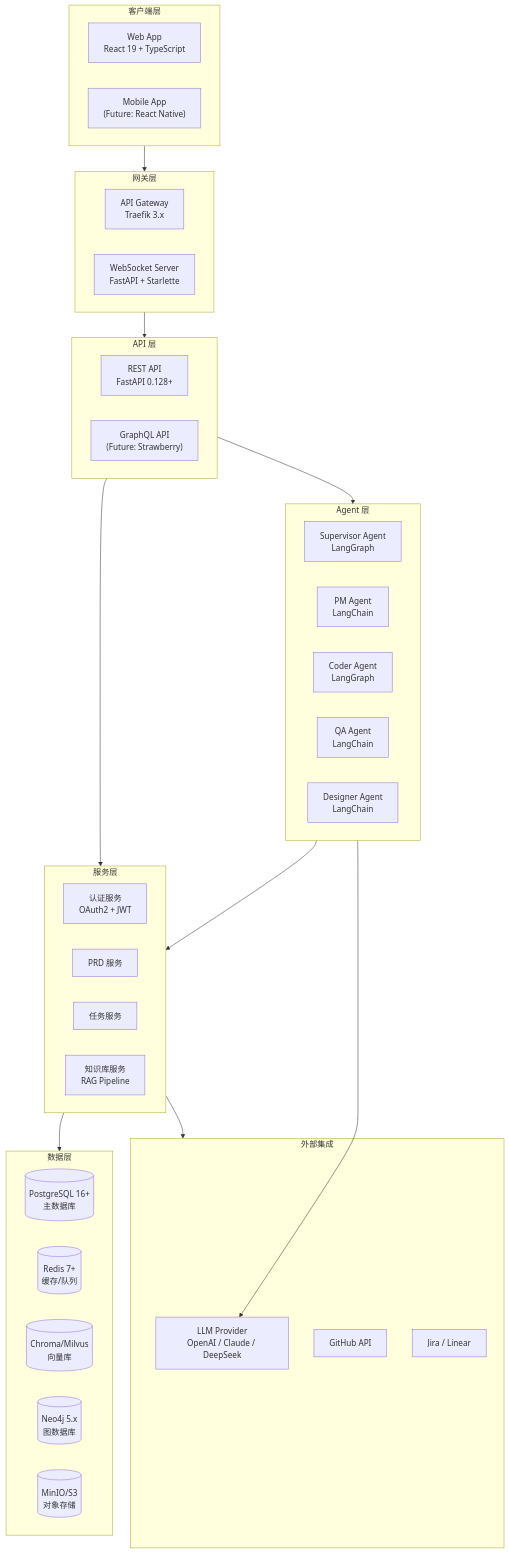
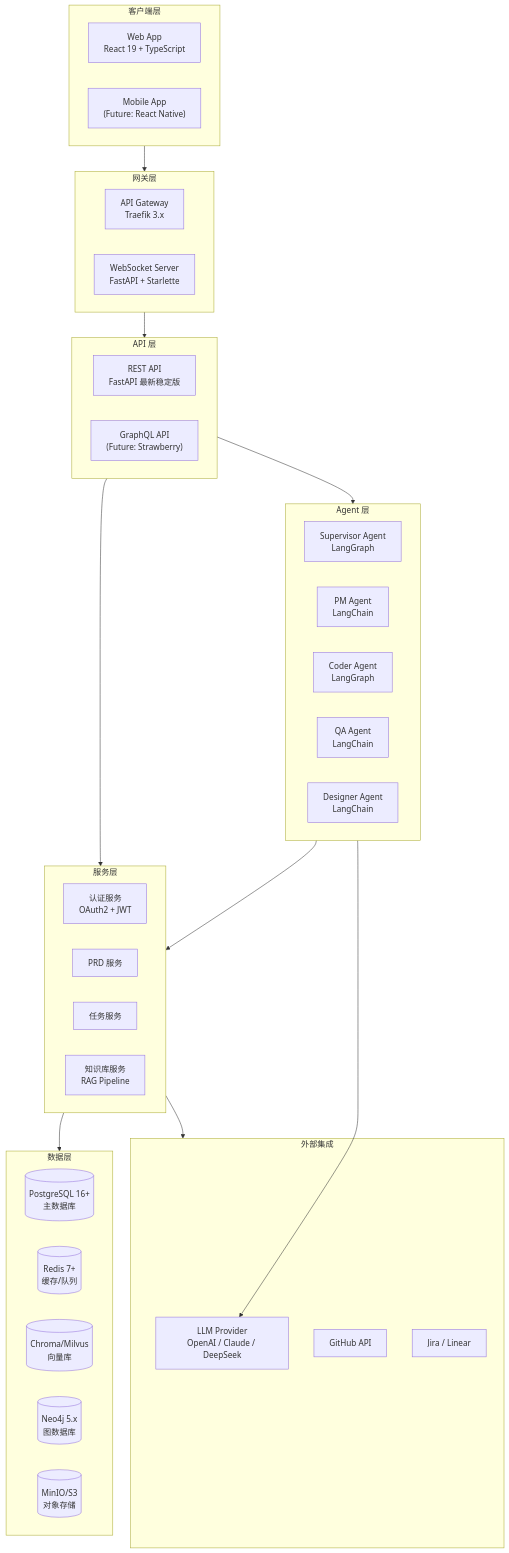
The first of 6 diagrams in docs/03-architecture/Tech_Stack_Overview.md (sujianjob/DevSmart), drawn with Mermaid before and after one commit. The commit also changed other lines of this file and 12 other files, not shown here.

````diff
--- a/docs/03-architecture/Tech_Stack_Overview.md
+++ b/docs/03-architecture/Tech_Stack_Overview.md
@@ -37,55 +37,55 @@
 ```mermaid
 graph TB
     subgraph Client["客户端层"]
         Web["Web App<br/>React 19 + TypeScript"]
         Mobile["Mobile App<br/>(Future: React Native)"]
     end
 
     subgraph Gateway["网关层"]
         Traefik["API Gateway<br/>Traefik 3.x"]
         WS["WebSocket Server<br/>FastAPI + Starlette"]
     end
 
     subgraph API["API 层"]
-        FastAPI["REST API<br/>FastAPI 0.128+"]
+        FastAPI["REST API<br/>FastAPI 最新稳定版"]
         GraphQL["GraphQL API<br/>(Future: Strawberry)"]
     end
 
     subgraph Agent["Agent 层"]
         Supervisor["Supervisor Agent<br/>LangGraph"]
         PM["PM Agent<br/>LangChain"]
         Coder["Coder Agent<br/>LangGraph"]
         QA["QA Agent<br/>LangChain"]
         Designer["Designer Agent<br/>LangChain"]
     end
 
     subgraph Service["服务层"]
         AuthSvc["认证服务<br/>OAuth2 + JWT"]
         PRDSvc["PRD 服务"]
         TaskSvc["任务服务"]
         KBSvc["知识库服务<br/>RAG Pipeline"]
     end
 
     subgraph Data["数据层"]
         PG[(PostgreSQL 16+<br/>主数据库)]
         Redis[(Redis 7+<br/>缓存/队列)]
         Chroma[(Chroma/Milvus<br/>向量库)]
         Neo4j[(Neo4j 5.x<br/>图数据库)]
         S3[(MinIO/S3<br/>对象存储)]
     end
 
     subgraph External["外部集成"]
         LLM["LLM Provider<br/>OpenAI / Claude / DeepSeek"]
         GitHub["GitHub API"]
         Jira["Jira / Linear"]
     end
 
     Client --> Gateway
     Gateway --> API
     API --> Service
     API --> Agent
     Agent --> Service
     Agent --> LLM
     Service --> Data
     Service --> External
 ```
````
